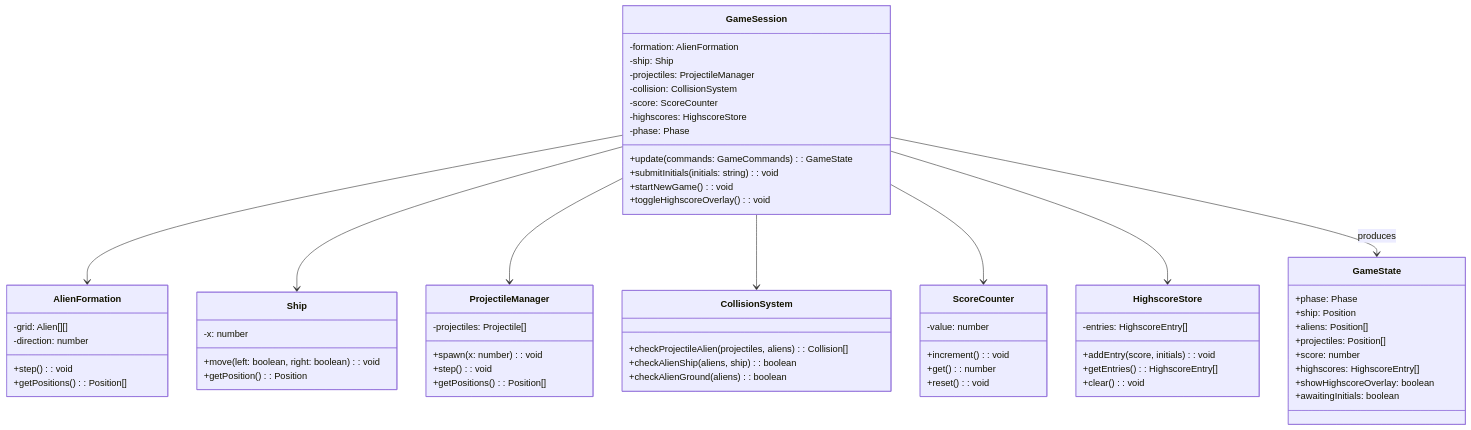
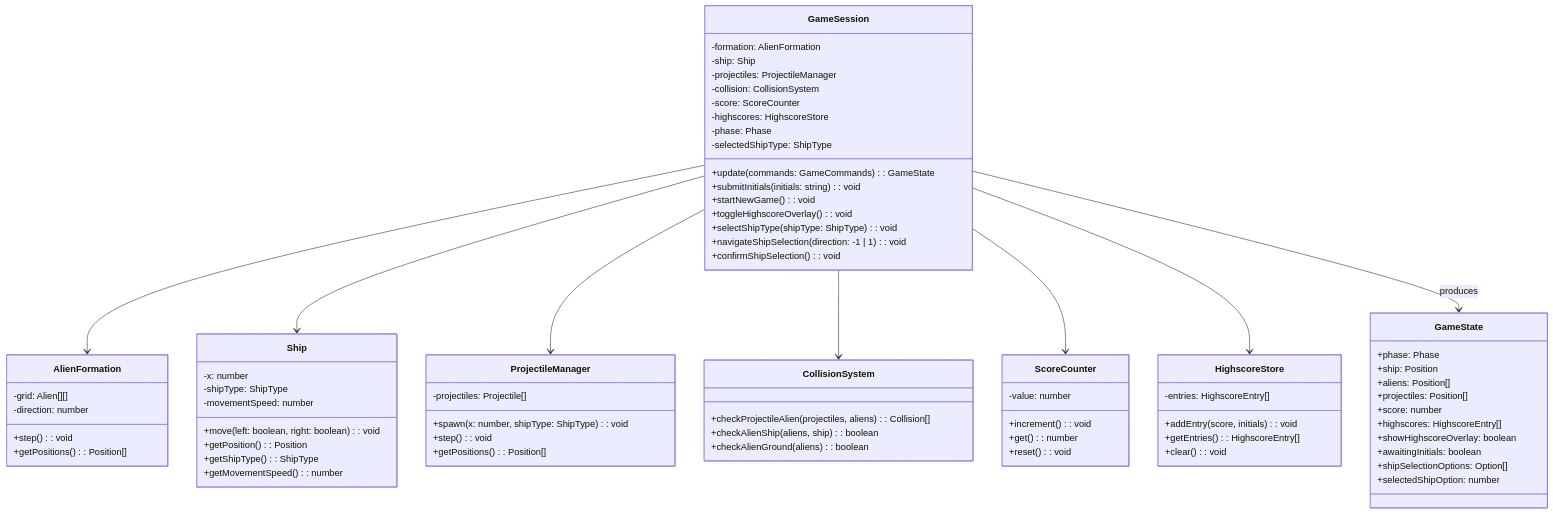
Before and after one commit to akmaier/AlienInvasion: the diagram in docs/architecture/MOD-game-logic.md, drawn with Mermaid. The commit also changed other lines of this file and 3 other files, not shown here.

````diff
--- a/docs/architecture/MOD-game-logic.md
+++ b/docs/architecture/MOD-game-logic.md
@@ -113,67 +124,77 @@
 ```mermaid
 classDiagram
     class GameSession {
         -formation: AlienFormation
         -ship: Ship
         -projectiles: ProjectileManager
         -collision: CollisionSystem
         -score: ScoreCounter
         -highscores: HighscoreStore
         -phase: Phase
+        -selectedShipType: ShipType
         +update(commands: GameCommands): GameState
         +submitInitials(initials: string): void
         +startNewGame(): void
         +toggleHighscoreOverlay(): void
+        +selectShipType(shipType: ShipType): void
+        +navigateShipSelection(direction: -1 | 1): void
+        +confirmShipSelection(): void
     }
     class AlienFormation {
         -grid: Alien[][]
         -direction: number
         +step(): void
         +getPositions(): Position[]
     }
     class Ship {
         -x: number
+        -shipType: ShipType
+        -movementSpeed: number
         +move(left: boolean, right: boolean): void
         +getPosition(): Position
+        +getShipType(): ShipType
+        +getMovementSpeed(): number
     }
     class ProjectileManager {
         -projectiles: Projectile[]
-        +spawn(x: number): void
+        +spawn(x: number, shipType: ShipType): void
         +step(): void
         +getPositions(): Position[]
     }
     class CollisionSystem {
         +checkProjectileAlien(projectiles, aliens): Collision[]
         +checkAlienShip(aliens, ship): boolean
         +checkAlienGround(aliens): boolean
     }
     class ScoreCounter {
         -value: number
         +increment(): void
         +get(): number
         +reset(): void
     }
     class HighscoreStore {
         -entries: HighscoreEntry[]
         +addEntry(score, initials): void
         +getEntries(): HighscoreEntry[]
         +clear(): void
     }
     class GameState {
         +phase: Phase
         +ship: Position
         +aliens: Position[]
         +projectiles: Position[]
         +score: number
         +highscores: HighscoreEntry[]
         +showHighscoreOverlay: boolean
         +awaitingInitials: boolean
+        +shipSelectionOptions: Option[]
+        +selectedShipOption: number
     }
     GameSession --> AlienFormation
     GameSession --> Ship
     GameSession --> ProjectileManager
     GameSession --> CollisionSystem
     GameSession --> ScoreCounter
     GameSession --> HighscoreStore
     GameSession --> GameState: produces
 ```
````
